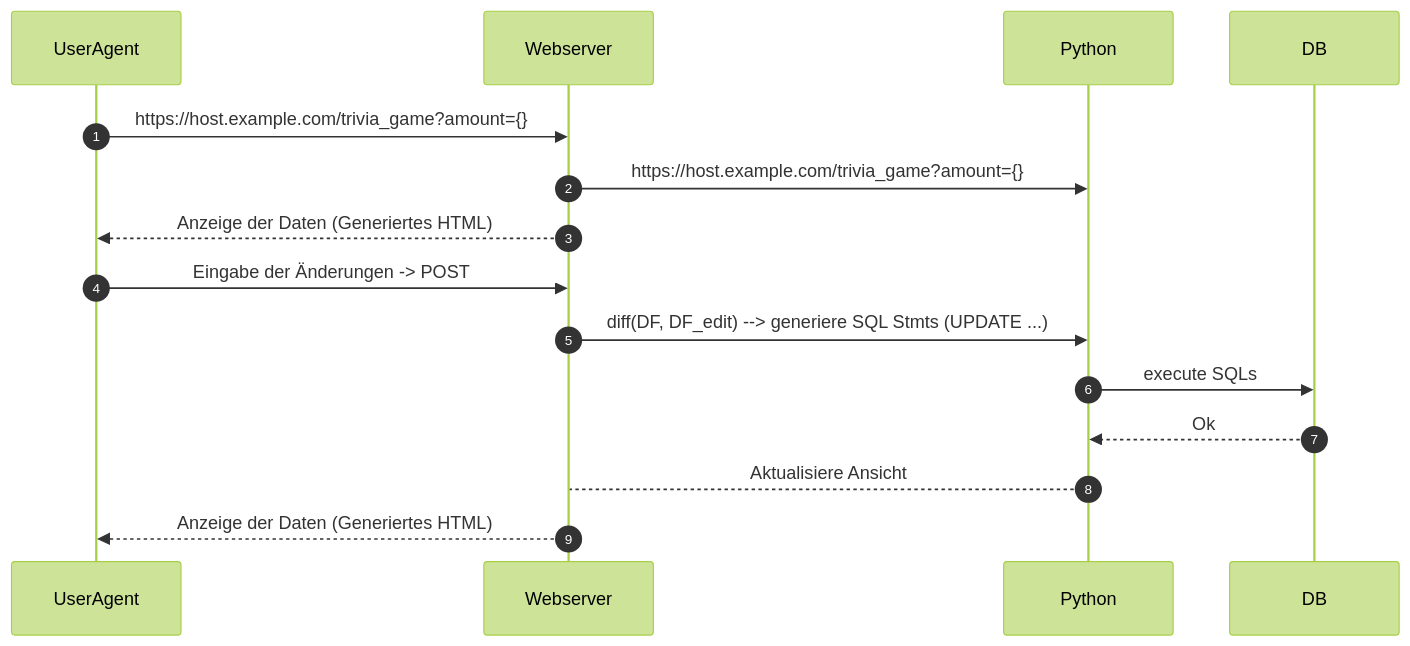
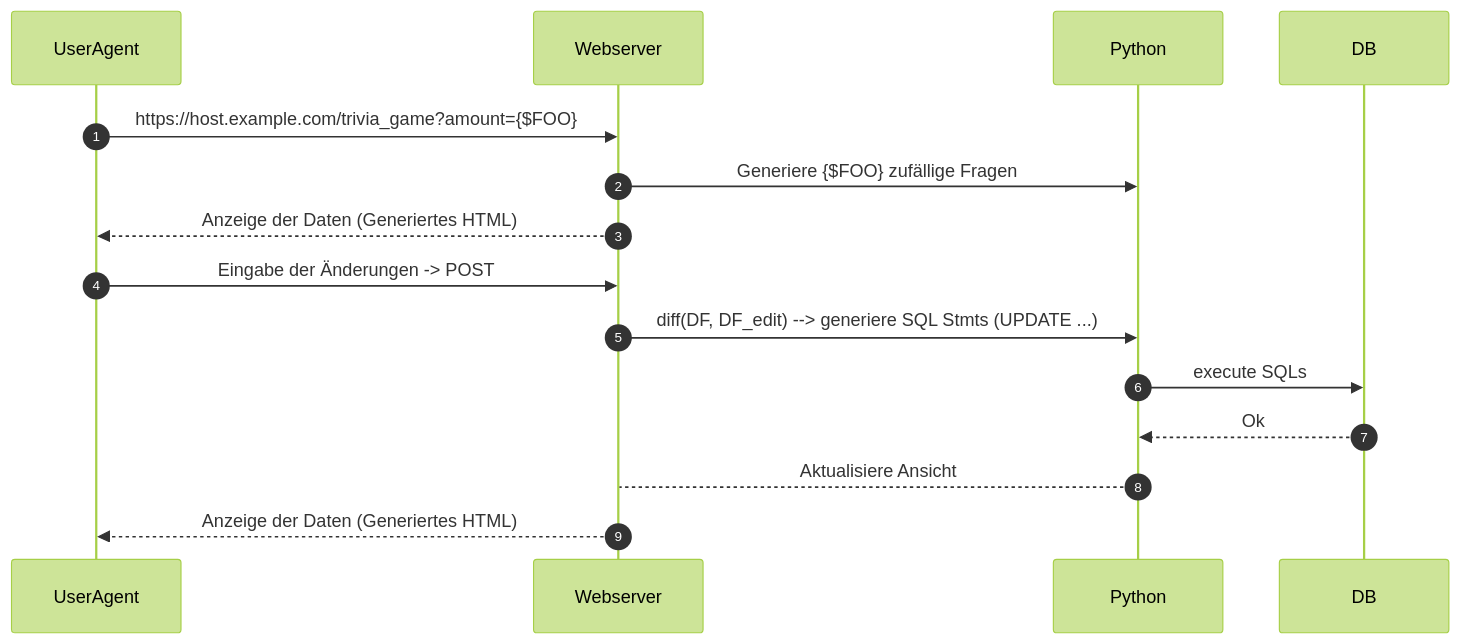
One commit to nevsglueckauf/pyquiz changed the diagram in doq/dad.md. Above: the diagram before and after it, drawn with Mermaid (forest theme). The commit also changed other lines of this file and 5 other files, not shown here.

````diff
--- a/doq/dad.md
+++ b/doq/dad.md
@@ -7,13 +17,14 @@
 ```mermaid
 sequenceDiagram
     autonumber
-    UserAgent->>Webserver: https://host.example.com/trivia_game?amount={}
-    Webserver->>Python: https://host.example.com/trivia_game?amount={}
+    UserAgent->>Webserver: https://host.example.com/trivia_game?amount={$FOO}
+    Webserver->>Python: Generiere {$FOO} zufällige Fragen
+
     Webserver-->>UserAgent: Anzeige der Daten (Generiertes HTML) 
     UserAgent->>Webserver: Eingabe der Änderungen -> POST
     Webserver->>Python:  diff(DF, DF_edit) --> generiere SQL Stmts (UPDATE ...) 
     Python->>DB:  execute SQLs
     DB-->>Python: Ok
     Python-->Webserver: Aktualisiere Ansicht
     Webserver-->>UserAgent: Anzeige der Daten (Generiertes HTML) 
 ```
````
